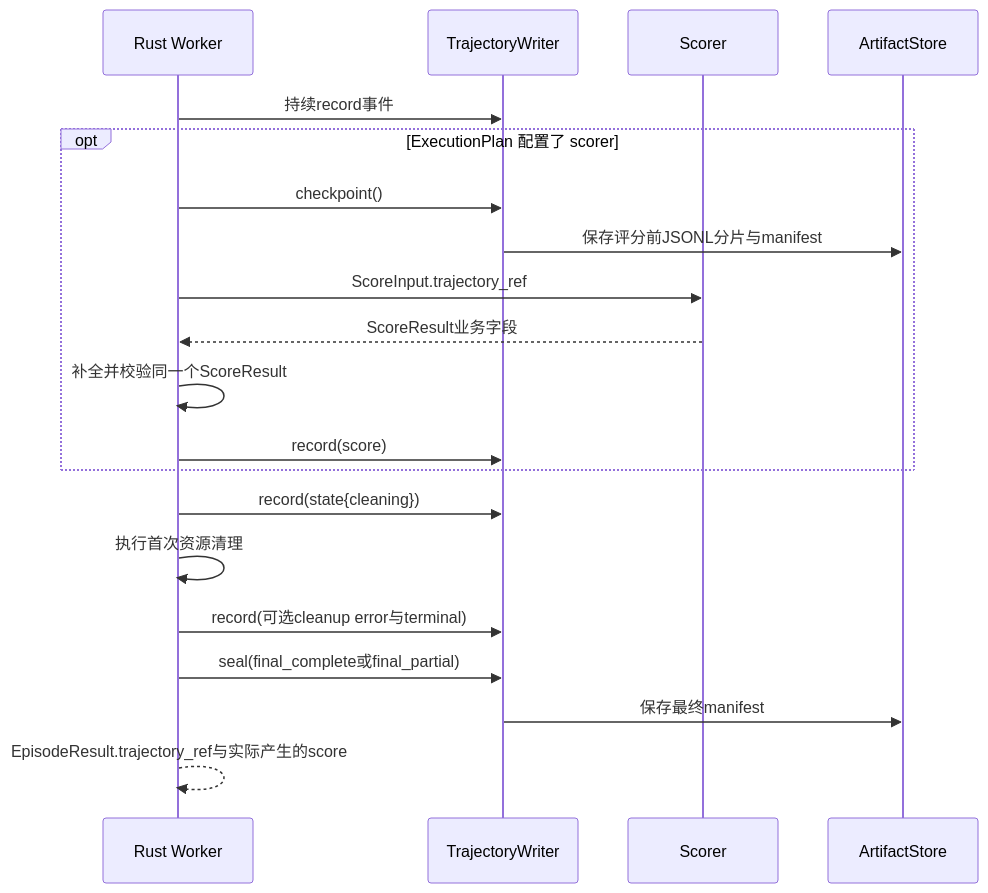
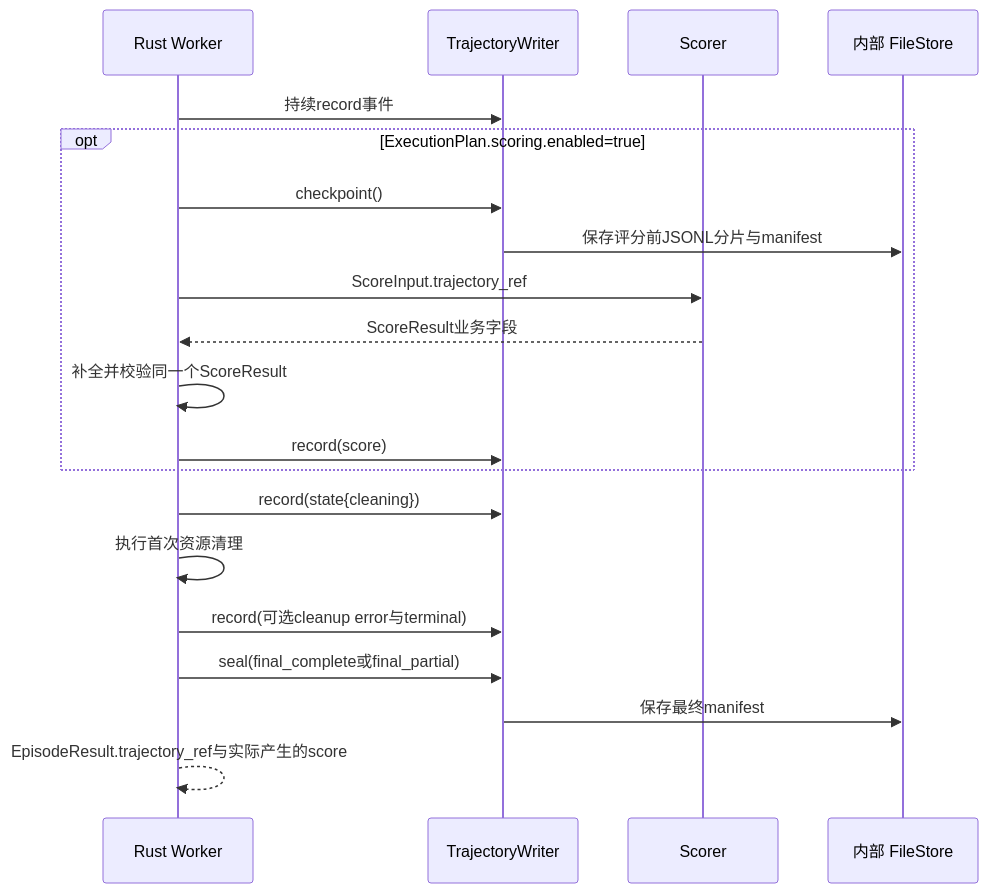
Before and after one commit to audreyyan1015/uenv_design: diagram 17 of 18 in docs/uenv_design.md, drawn with Mermaid. The commit also changed other lines of this file and 174 other files, not shown here.

````diff
--- a/docs/uenv_design.md
+++ b/docs/uenv_design.md
@@ -953,22 +993,22 @@
 ```mermaid
 sequenceDiagram
   participant W as Rust Worker
   participant T as TrajectoryWriter
   participant S as Scorer
-  participant A as ArtifactStore
+  participant A as 内部 FileStore
   W->>T: 持续record事件
-  opt ExecutionPlan 配置了 scorer
+  opt ExecutionPlan.scoring.enabled=true
   W->>T: checkpoint()
   T->>A: 保存评分前JSONL分片与manifest
   W->>S: ScoreInput.trajectory_ref
   S-->>W: ScoreResult业务字段
   W->>W: 补全并校验同一个ScoreResult
   W->>T: record(score)
   end
   W->>T: record(state{cleaning})
   W->>W: 执行首次资源清理
   W->>T: record(可选cleanup error与terminal)
   W->>T: seal(final_complete或final_partial)
   T->>A: 保存最终manifest
   W-->>W: EpisodeResult.trajectory_ref与实际产生的score
 ```
````
